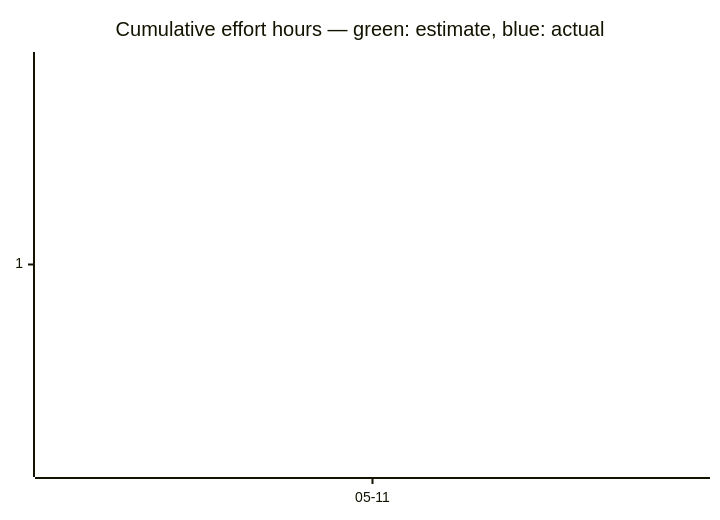
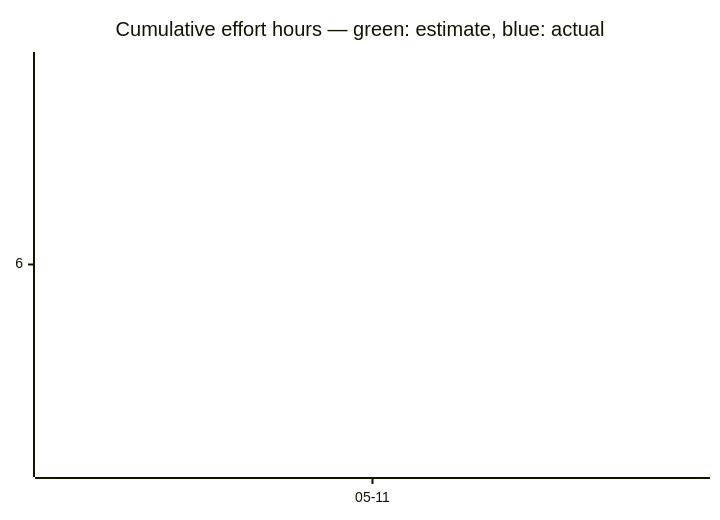
Before and after one commit to tgd1975/AwesomeGuitarPedal: the third of 3 diagrams in docs/developers/tasks/OVERVIEW.md, drawn with Mermaid. The commit also changed other lines of this file and 6 other files, not shown here.

````diff
--- a/docs/developers/tasks/OVERVIEW.md
+++ b/docs/developers/tasks/OVERVIEW.md
@@ -40,7 +40,7 @@
 ```mermaid
 xychart-beta
     title "Cumulative effort hours — green: estimate, blue: actual"
     x-axis ["05-11"]
-    line [1]
-    line [1]
+    line [6]
+    line [6]
 ```
````
